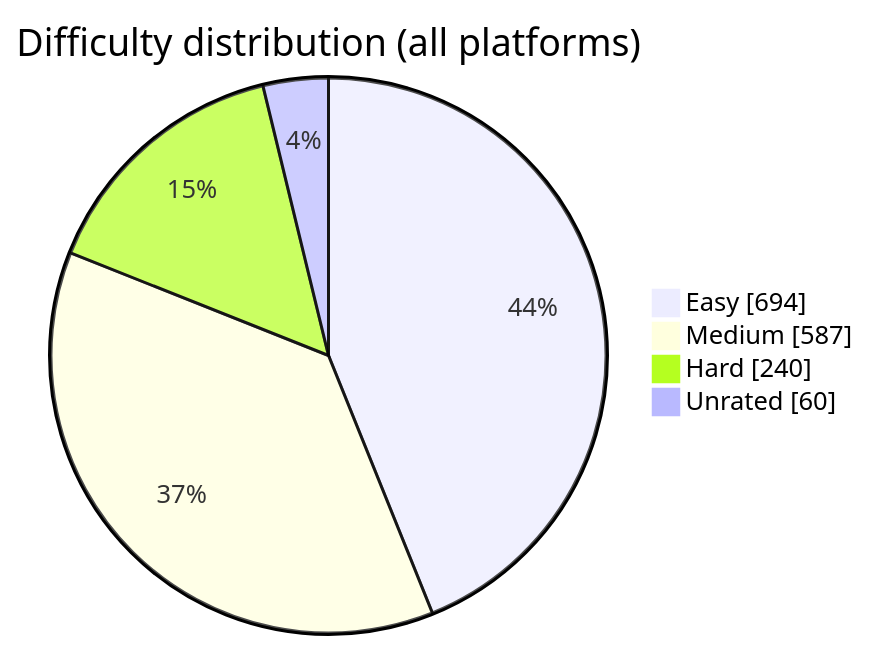
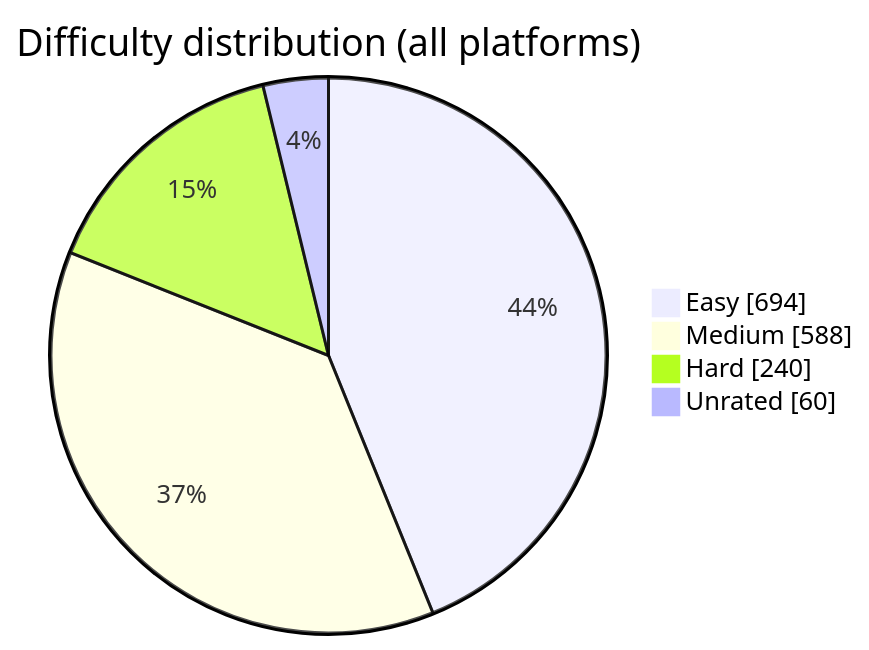
Before and after one commit to BuildbyArindam/Daily-Coding-Log: the diagram in README.md, drawn with Mermaid. The commit also changed other lines of this file, not shown here.

````diff
--- a/README.md
+++ b/README.md
@@ -93,7 +93,7 @@
 ```mermaid
 pie showData title Difficulty distribution (all platforms)
     "Easy" : 694
-    "Medium" : 587
+    "Medium" : 588
     "Hard" : 240
     "Unrated" : 60
 ```
````
